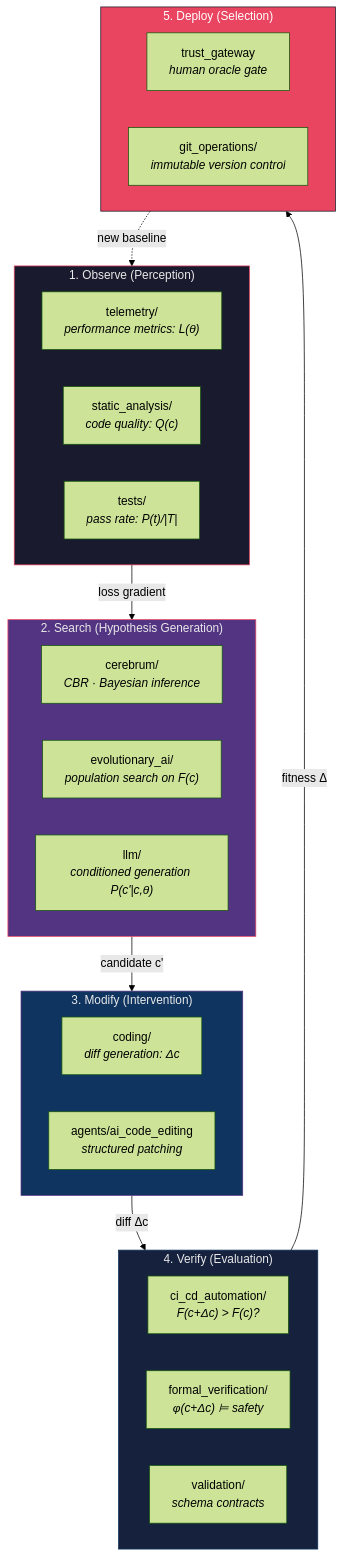
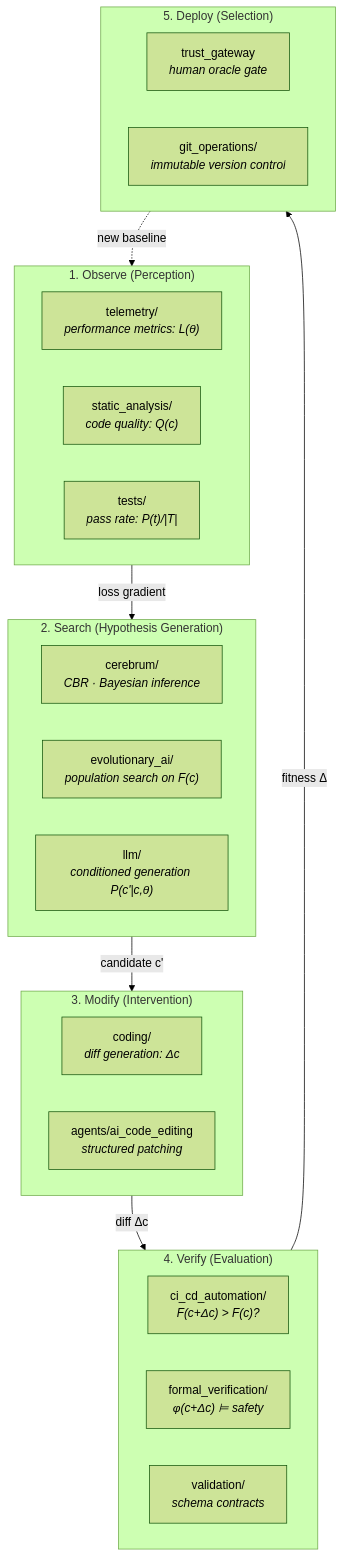
Before and after one commit to docxology/codomyrmex: the diagram in docs/agi/recursive_self_improvement.md, drawn with Mermaid (forest theme). The commit also changed 86 other files, not shown here.

````diff
--- a/docs/agi/recursive_self_improvement.md
+++ b/docs/agi/recursive_self_improvement.md
@@ -13,42 +13,36 @@
 ```mermaid
 graph TB
     subgraph OBSERVE["1. Observe (Perception)"]
         TELEM["telemetry/<br/><i>performance metrics: L(θ)</i>"]
         SA["static_analysis/<br/><i>code quality: Q(c)</i>"]
         TEST["tests/<br/><i>pass rate: P(t)/|T|</i>"]
     end
 
     subgraph SEARCH["2. Search (Hypothesis Generation)"]
         CEREB["cerebrum/<br/><i>CBR · Bayesian inference</i>"]
         EVOL["evolutionary_ai/<br/><i>population search on F(c)</i>"]
         LLM["llm/<br/><i>conditioned generation P(c'|c,θ)</i>"]
     end
 
     subgraph MODIFY["3. Modify (Intervention)"]
         CODING["coding/<br/><i>diff generation: Δc</i>"]
         AGENTS_CODE["agents/ai_code_editing<br/><i>structured patching</i>"]
     end
 
     subgraph VERIFY["4. Verify (Evaluation)"]
         CICD["ci_cd_automation/<br/><i>F(c+Δc) > F(c)?</i>"]
         FORMAL["formal_verification/<br/><i>φ(c+Δc) ⊨ safety</i>"]
         VALID["validation/<br/><i>schema contracts</i>"]
     end
 
     subgraph DEPLOY["5. Deploy (Selection)"]
         TRUST["trust_gateway<br/><i>human oracle gate</i>"]
         GIT["git_operations/<br/><i>immutable version control</i>"]
     end
 
     OBSERVE -->|"loss gradient"| SEARCH
     SEARCH -->|"candidate c'"| MODIFY
     MODIFY -->|"diff Δc"| VERIFY
     VERIFY -->|"fitness Δ"| DEPLOY
     DEPLOY -.->|"new baseline"| OBSERVE
-
-    style OBSERVE fill:#1a1a2e,stroke:#e94560,color:#e8e8e8
-    style SEARCH fill:#533483,stroke:#e94560,color:#e8e8e8
-    style MODIFY fill:#0f3460,stroke:#533483,color:#e8e8e8
-    style VERIFY fill:#16213e,stroke:#0f3460,color:#e8e8e8
-    style DEPLOY fill:#e94560,stroke:#1a1a2e,color:#fff
 ```
````
